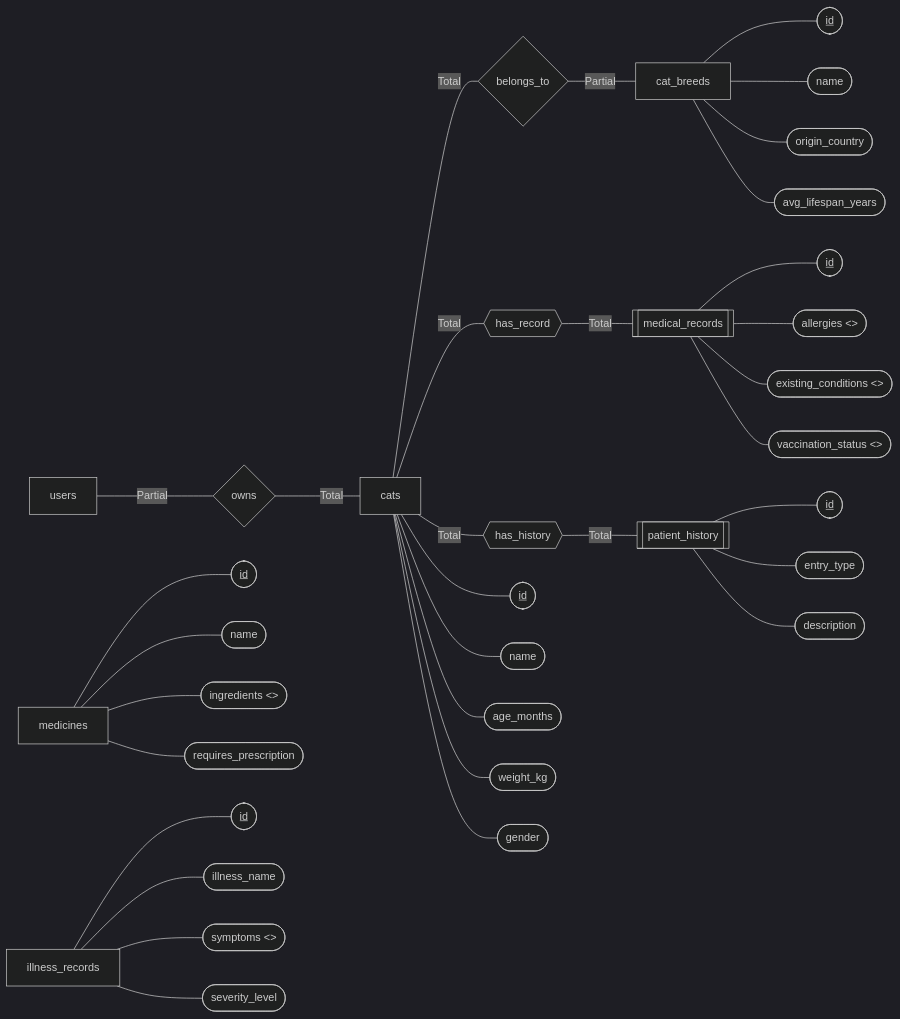
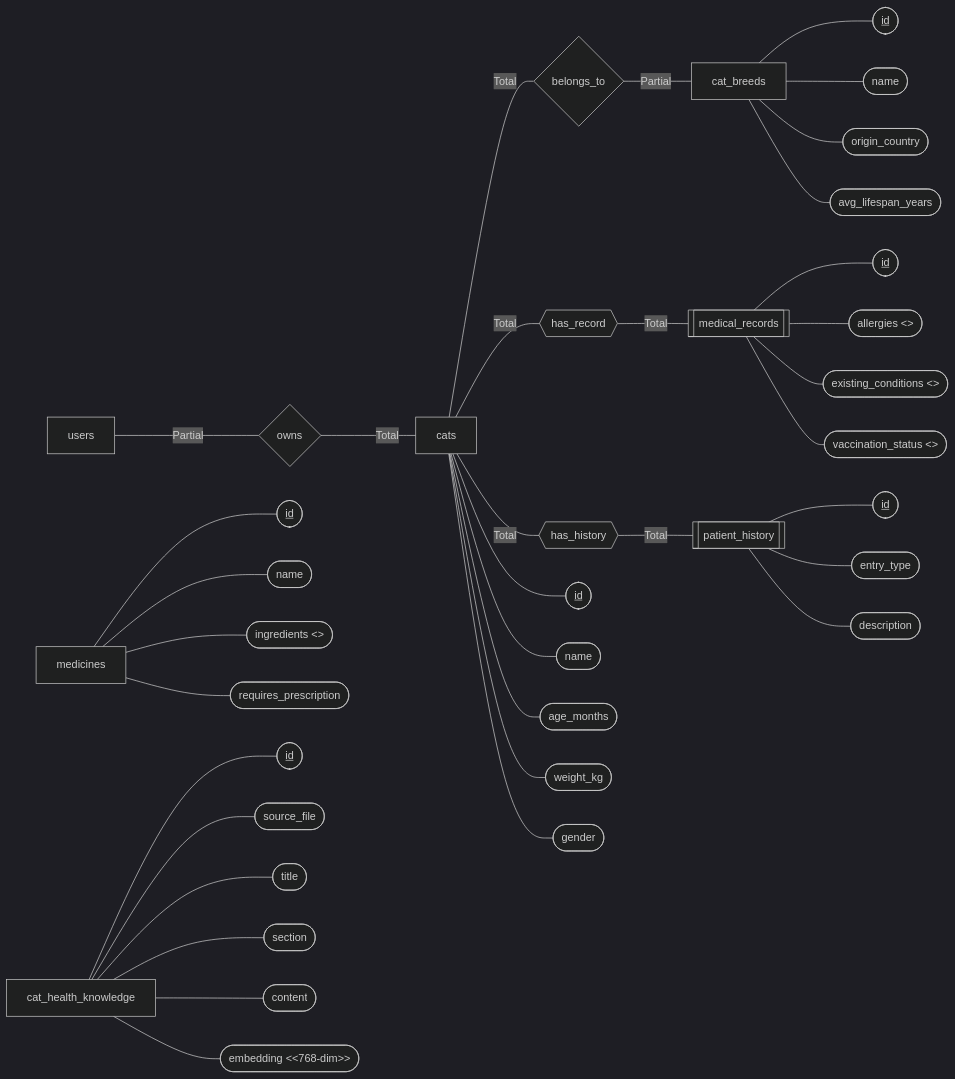
Before and after one commit to hixam001/purrfect-care: the second of 4 diagrams in docs/design/08-database-diagram.md, drawn with Mermaid (dark theme). The commit also changed other lines of this file and 103 other files, not shown here.

````diff
--- a/docs/design/08-database-diagram.md
+++ b/docs/design/08-database-diagram.md
@@ -79,66 +79,68 @@
 ```mermaid
 graph LR
     %% ENTITIES
     users[users]
     cats[cats]
     cat_breeds[cat_breeds]
     medical_records[[medical_records]]
     patient_history[[patient_history]]
     medicines[medicines]
-    illness_records[illness_records]
+    cat_health_knowledge[cat_health_knowledge]
 
     %% RELATIONSHIPS
     owns{owns}
     belongs_to{belongs_to}
     has_record{{has_record}}
     has_history{{has_history}}
 
     %% CONNECTIONS
     users ---|Partial| owns
     owns ---|Total| cats
 
     cats ---|Total| belongs_to
     belongs_to ---|Partial| cat_breeds
 
     cats ---|Total| has_record
     has_record ---|Total| medical_records
 
     cats ---|Total| has_history
     has_history ---|Total| patient_history
 
     %% ATTRIBUTES - cats
     cats --- A_c_id([<u>id</u>])
     cats --- A_c_name([name])
     cats --- A_c_age([age_months])
     cats --- A_c_weight([weight_kg])
     cats --- A_c_gender([gender])
 
     %% ATTRIBUTES - cat_breeds
     cat_breeds --- A_cb_id([<u>id</u>])
     cat_breeds --- A_cb_name([name])
     cat_breeds --- A_cb_orig([origin_country])
     cat_breeds --- A_cb_life([avg_lifespan_years])
 
     %% ATTRIBUTES - medical_records
     medical_records --- A_mr_id([<u>id</u>])
     medical_records --- A_mr_alg([allergies <<Multi>>])
     medical_records --- A_mr_cond([existing_conditions <<Multi>>])
     medical_records --- A_mr_vac([vaccination_status <<Multi>>])
 
     %% ATTRIBUTES - patient_history
     patient_history --- A_ph_id([<u>id</u>])
     patient_history --- A_ph_type([entry_type])
     patient_history --- A_ph_desc([description])
 
     %% ATTRIBUTES - medicines
     medicines --- A_m_id([<u>id</u>])
     medicines --- A_m_name([name])
     medicines --- A_m_ingr([ingredients <<Multi>>])
     medicines --- A_m_req([requires_prescription])
 
-    %% ATTRIBUTES - illness_records
-    illness_records --- A_ir_id([<u>id</u>])
-    illness_records --- A_ir_name([illness_name])
-    illness_records --- A_ir_symp([symptoms <<Multi>>])
-    illness_records --- A_ir_sev([severity_level])
+    %% ATTRIBUTES - cat_health_knowledge (RAG chunks)
+    cat_health_knowledge --- A_chk_id([<u>id</u>])
+    cat_health_knowledge --- A_chk_sf([source_file])
+    cat_health_knowledge --- A_chk_title([title])
+    cat_health_knowledge --- A_chk_sec([section])
+    cat_health_knowledge --- A_chk_cont([content])
+    cat_health_knowledge --- A_chk_emb([embedding <<768-dim>>])
 ```
````
